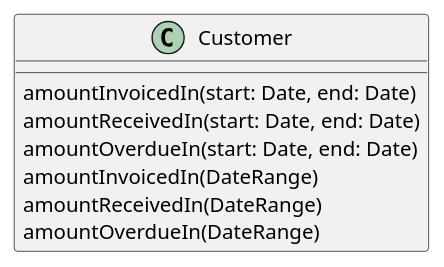
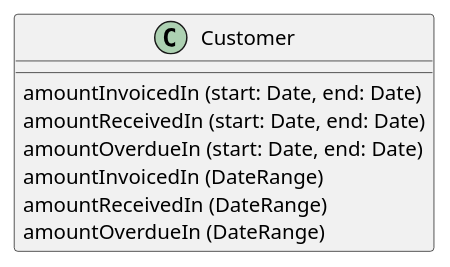
The diagram in src/main/java/refactoring/chapter10/section9/Introduce Parameter Object.md (wuxiongbo/design_patterns), drawn with PlantUML before and after one commit. The commit also changed 5 other files, not shown here.

````diff
--- a/src/main/java/refactoring/chapter10/section9/Introduce Parameter Object.md
+++ b/src/main/java/refactoring/chapter10/section9/Introduce Parameter Object.md
@@ -7,13 +7,13 @@
 ```puml
 class Customer{
-  amountInvoicedIn(start: Date, end: Date)
-  amountReceivedIn(start: Date, end: Date)
-  amountOverdueIn(start: Date, end: Date)
+  amountInvoicedIn (start: Date, end: Date)
+  amountReceivedIn (start: Date, end: Date)
+  amountOverdueIn (start: Date, end: Date)
 }
 
 class Customer{
-  amountInvoicedIn(DateRange)
-  amountReceivedIn(DateRange)
-  amountOverdueIn(DateRange)
+  amountInvoicedIn (DateRange)
+  amountReceivedIn (DateRange)
+  amountOverdueIn (DateRange)
 }
 ```
````
